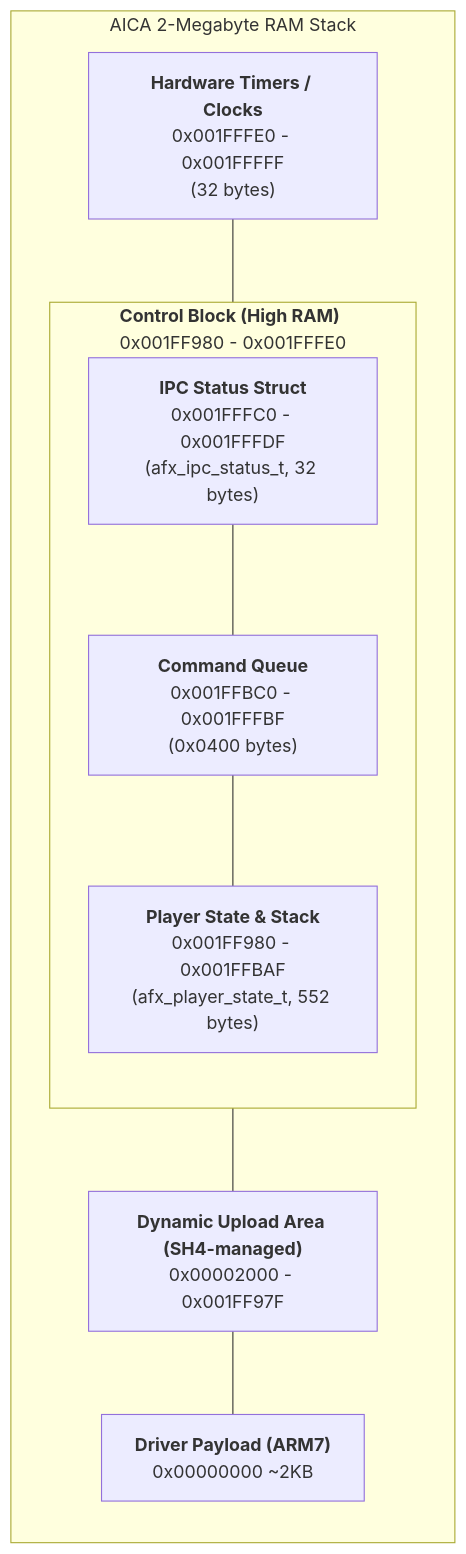
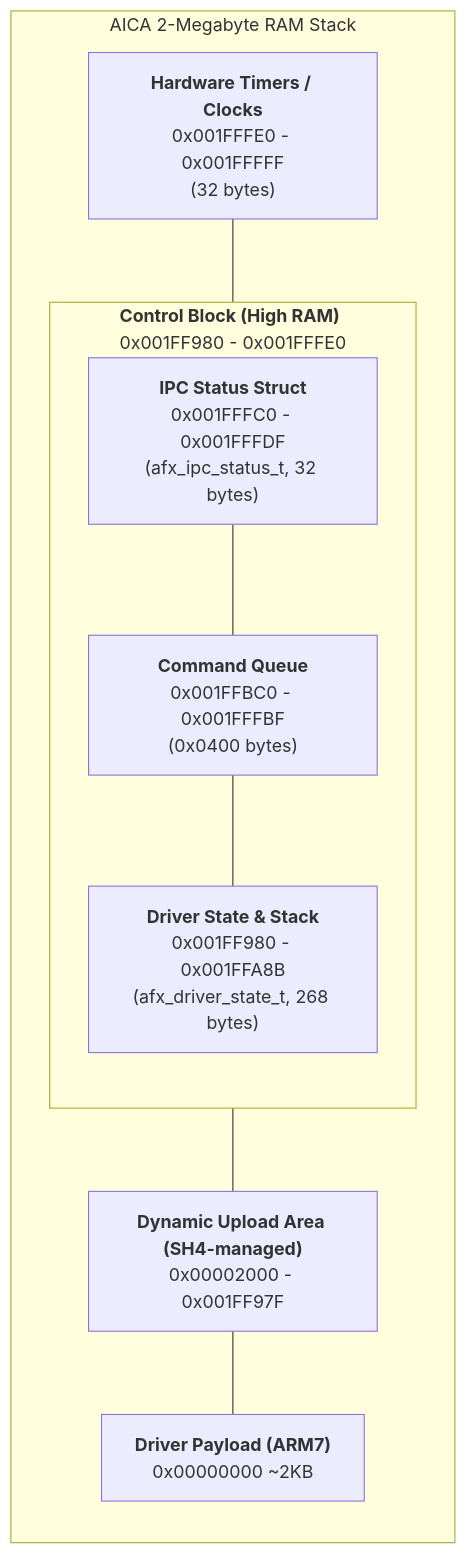
One commit to dfchil/aicaflow changed the diagram in docs/afx_design.md. Above: the diagram before and after it, drawn with Mermaid. The commit also changed other lines of this file and 13 other files, not shown here.

First line of the commit message:
afx: fix ARM7 init sequence, merge firmware upload into afx_init()

````diff
--- a/docs/afx_design.md
+++ b/docs/afx_design.md
@@ -40,23 +40,23 @@
 ```mermaid
 graph TD
     subgraph AICA_RAM ["AICA 2-Megabyte RAM Stack"]
         direction TB
 
         CLOCKS["<b>Hardware Timers / Clocks</b><br/>0x001FFFE0 - 0x001FFFFF<br/>(32 bytes)"]
 
         subgraph IPC_BLOCK ["<b>Control Block (High RAM)</b><br/>0x001FF980 - 0x001FFFE0"]
             direction TB
             STATUS["<b>IPC Status Struct</b><br/>0x001FFFC0 - 0x001FFFDF<br/>(afx_ipc_status_t, 32 bytes)"]
             QUEUE["<b>Command Queue</b><br/>0x001FFBC0 - 0x001FFFBF<br/>(0x0400 bytes)"]
-            PLAYER["<b>Player State & Stack</b><br/>0x001FF980 - 0x001FFBAF<br/>(afx_player_state_t, 552 bytes)"]
+            PLAYER["<b>Driver State & Stack</b><br/>0x001FF980 - 0x001FFA8B<br/>(afx_driver_state_t, 268 bytes)"]
             STATUS --- QUEUE
             QUEUE --- PLAYER
         end
 
         CLOCKS --- IPC_BLOCK
         IPC_BLOCK --- DYNAMIC
         DYNAMIC["<b>Dynamic Upload Area (SH4-managed)</b><br/>0x00002000 - 0x001FF97F"]
         DYNAMIC --- DRIVER
         DRIVER["<b>Driver Payload (ARM7)</b><br/>0x00000000 ~2KB"]
     end
 ```
````
